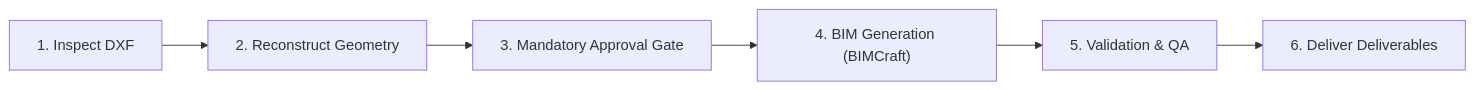
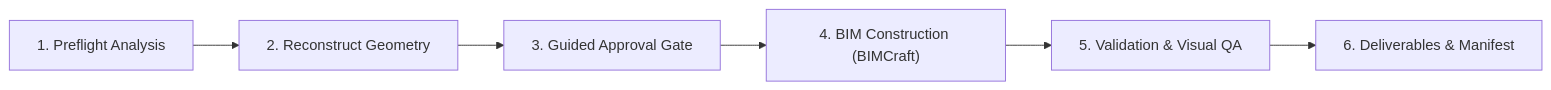
Before and after one commit to hasnizihar/DXF-to-3D-BIM: the diagram in skills/dxf-to-3d-bim/SKILL.md, drawn with Mermaid. The commit also changed other lines of this file and 17 other files, not shown here.

Commit message:
Milestone 10: Implement universal DXF preflight analyzer, guided approval workflow, versioned config schema, and structured run manifests

````diff
--- a/skills/dxf-to-3d-bim/SKILL.md
+++ b/skills/dxf-to-3d-bim/SKILL.md
@@ -34,8 +56,8 @@
 ```mermaid
 flowchart LR
-    A["1. Inspect DXF"] --> B["2. Reconstruct Geometry"]
-    B --> C["3. Mandatory Approval Gate"]
-    C --> D["4. BIM Generation (BIMCraft)"]
-    D --> E["5. Validation & QA"]
-    E --> F["6. Deliver Deliverables"]
+    A["1. Preflight Analysis"] --> B["2. Reconstruct Geometry"]
+    B --> C["3. Guided Approval Gate"]
+    C --> D["4. BIM Construction (BIMCraft)"]
+    D --> E["5. Validation & Visual QA"]
+    E --> F["6. Deliverables & Manifest"]
 ```
````
